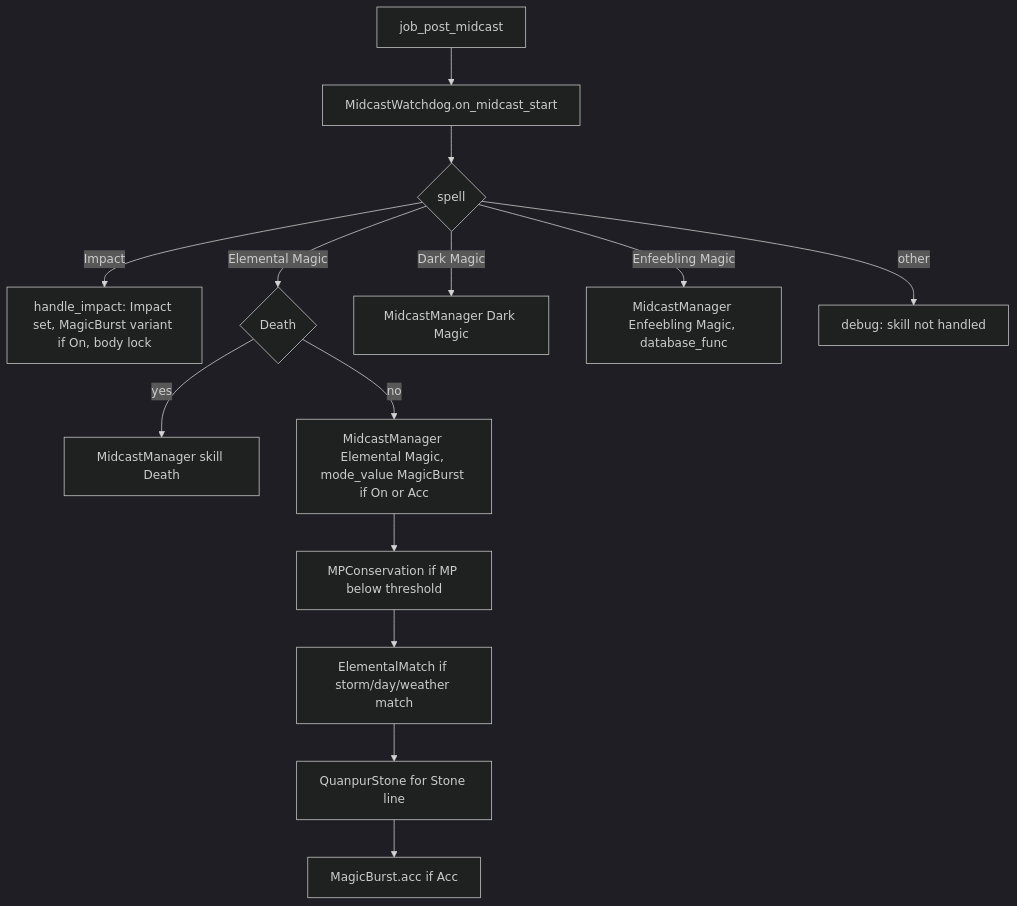
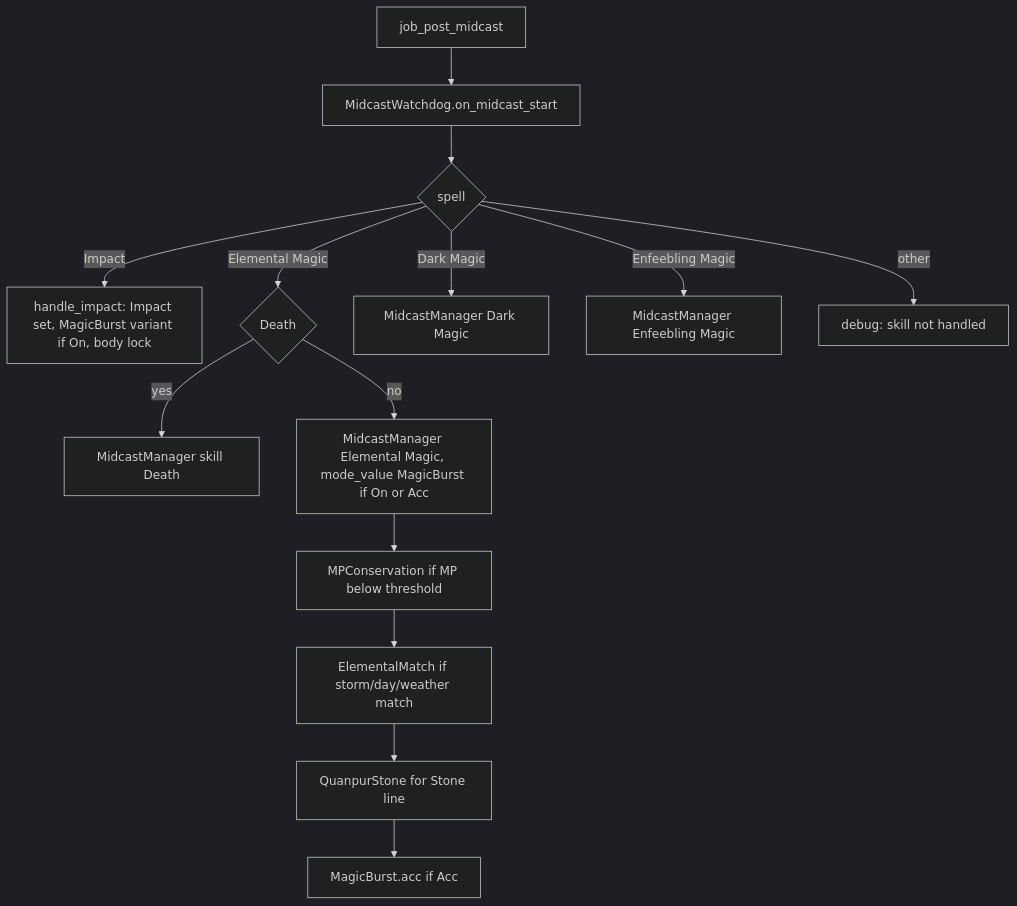
Before and after one commit to ejouanchicot/Gearswap: the fourth of 4 diagrams in docs/dev/jobs/blm.md, drawn with Mermaid (dark theme). The commit also changed other lines of this file and 81 other files, not shown here.

````diff
--- a/docs/dev/jobs/blm.md
+++ b/docs/dev/jobs/blm.md
@@ -237,16 +249,16 @@
 ```mermaid
 flowchart TD
     A[job_post_midcast] --> B[MidcastWatchdog.on_midcast_start]
     B --> C{spell}
     C -- Impact --> I[handle_impact: Impact set, MagicBurst variant if On, body lock]
     C -- Elemental Magic --> E{Death}
     E -- yes --> ED[MidcastManager skill Death]
     E -- no --> EM[MidcastManager Elemental Magic, mode_value MagicBurst if On or Acc]
     EM --> O1[MPConservation if MP below threshold]
     O1 --> O2[ElementalMatch if storm/day/weather match]
     O2 --> O3[QuanpurStone for Stone line]
     O3 --> O4[MagicBurst.acc if Acc]
     C -- Dark Magic --> D[MidcastManager Dark Magic]
-    C -- Enfeebling Magic --> F[MidcastManager Enfeebling Magic, database_func]
+    C -- Enfeebling Magic --> F[MidcastManager Enfeebling Magic]
     C -- other --> N[debug: skill not handled]
 ```
````
